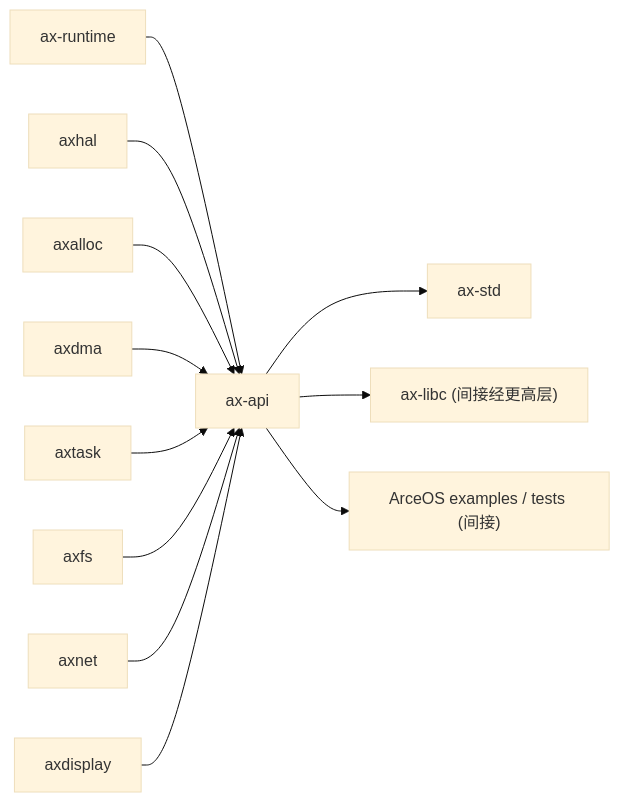
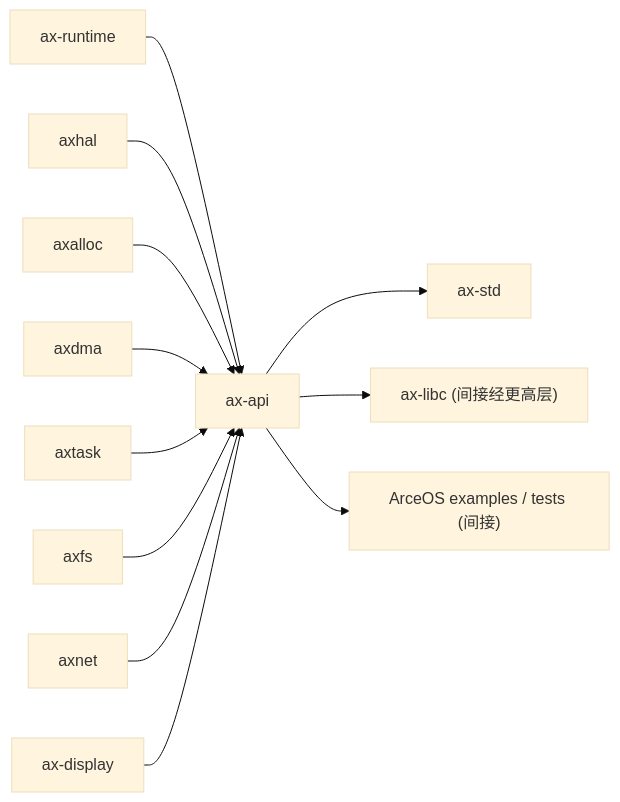
One commit to zKurisu/tgoskits changed the diagram in docs/crates/arceos_api.md. Above: the diagram before and after it, drawn with Mermaid (base theme). The commit also changed other lines of this file and 42 other files, not shown here.

Commit message:
rename axdisplay to ax-display

````diff
--- a/docs/crates/arceos_api.md
+++ b/docs/crates/arceos_api.md
@@ -110,15 +110,15 @@
 ```mermaid
 graph LR
     ax-runtime["ax-runtime"] --> ax-api["ax-api"]
     axhal["axhal"] --> ax-api
     axalloc["axalloc"] --> ax-api
     axdma["axdma"] --> ax-api
     axtask["axtask"] --> ax-api
     axfs["axfs"] --> ax-api
     axnet["axnet"] --> ax-api
-    axdisplay["axdisplay"] --> ax-api
+    ax-display["ax-display"] --> ax-api
 
     ax-api --> ax-std["ax-std"]
     ax-api --> ax-libc["ax-libc (间接经更高层)"]
     ax-api --> arceos_examples["ArceOS examples / tests (间接)"]
 ```
````
